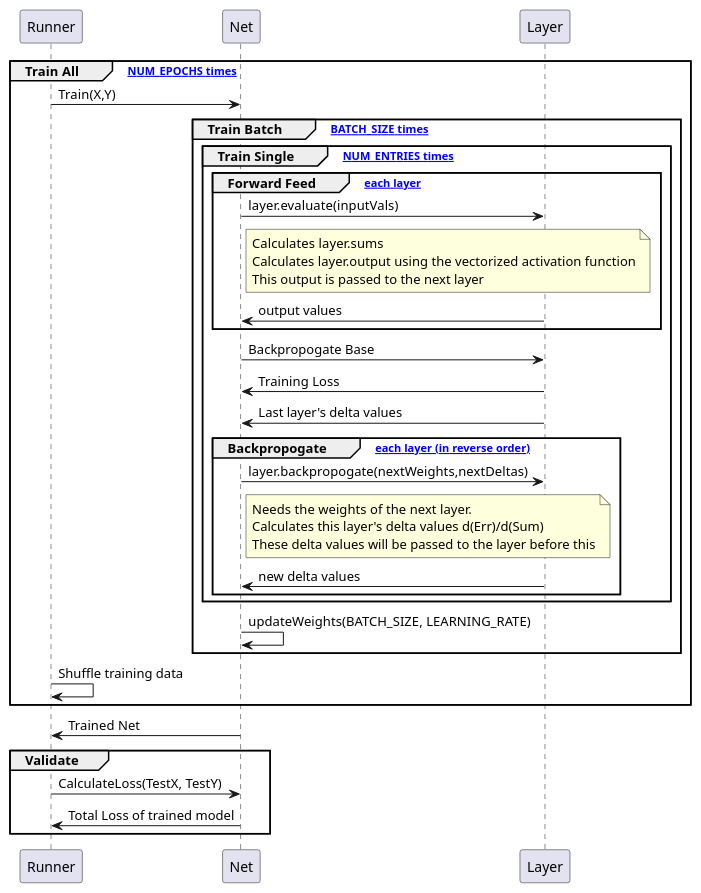
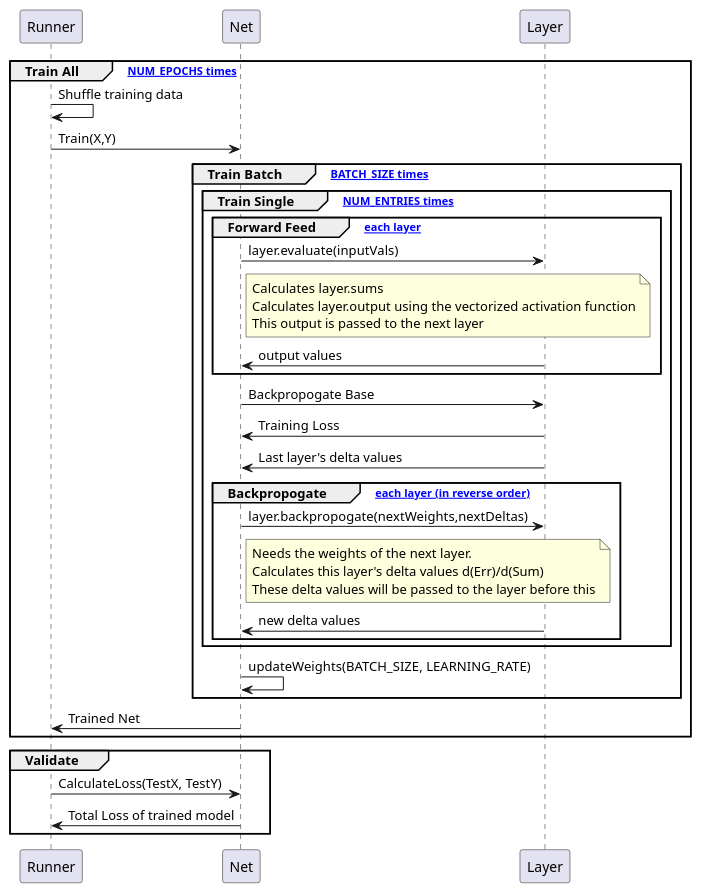
One commit to falahat/cnet changed the diagram in docs/Training.puml. Above: the diagram before and after it, drawn with PlantUML. The commit also changed 4 other files, not shown here.

Commit message:
Added some docs / uml

```diff
--- a/docs/Training.puml
+++ b/docs/Training.puml
@@ -1,40 +1,39 @@
 @startuml
 
 group Train All [[for NUM_EPOCHS times]]
+    Runner -> Runner : Shuffle training data
     Runner -> Net : Train(X,Y)
     group Train Batch [[for BATCH_SIZE times]]
         group Train Single [[for NUM_ENTRIES times]]
             group Forward Feed [[for each layer]]
                 Net -> Layer : layer.evaluate(inputVals)
                 note right of Net
                     Calculates layer.sums
                     Calculates layer.output using the vectorized activation function
                     This output is passed to the next layer
                 end note
                 Net <- Layer : output values
             end
             Net -> Layer : Backpropogate Base
             Net <- Layer : Training Loss
             Net <- Layer : Last layer's delta values
             group Backpropogate [[for each layer (in reverse order)]]
                 Net -> Layer : layer.backpropogate(nextWeights,nextDeltas)
                 note right of Net
                     Needs the weights of the next layer.
                     Calculates this layer's delta values d(Err)/d(Sum)
                     These delta values will be passed to the layer before this
                 end note
                 Net <- Layer : new delta values
             end
         end
         Net -> Net : updateWeights(BATCH_SIZE, LEARNING_RATE)
     end
-    Runner -> Runner : Shuffle training data
+    Runner <- Net : Trained Net
 end
-
-Runner <- Net : Trained Net
 
 group Validate
     Runner -> Net : CalculateLoss(TestX, TestY)
     Runner <- Net : Total Loss of trained model
 end
 @enduml
```
